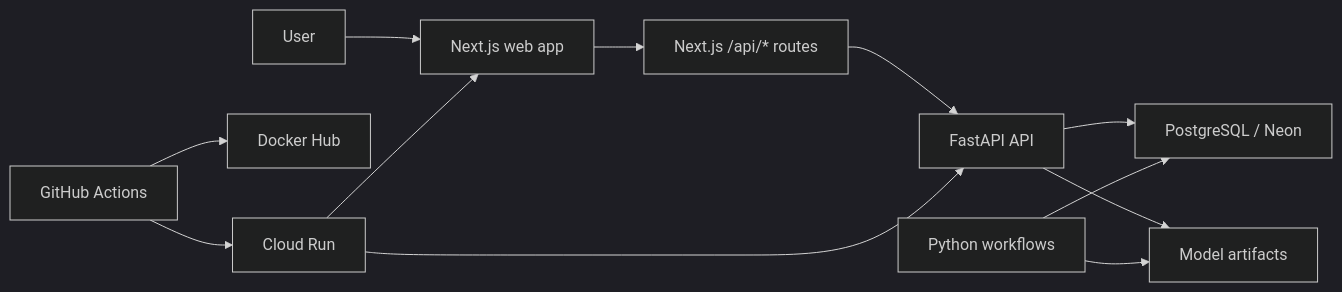
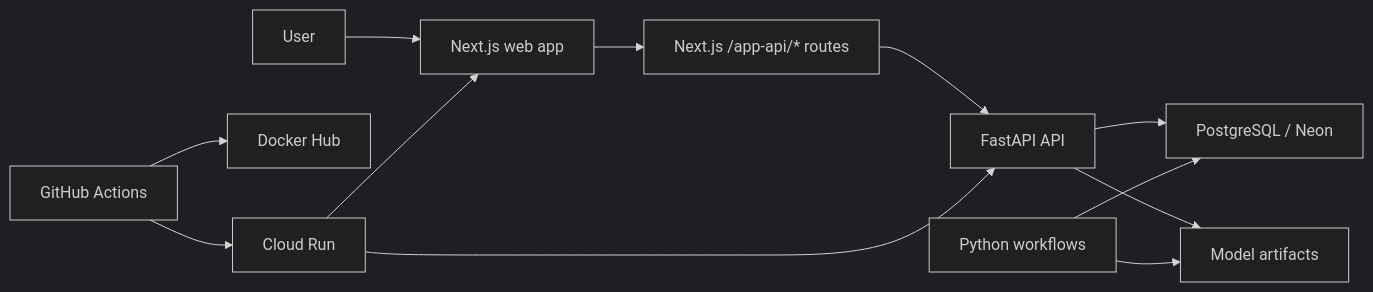
One commit to Mogramed/Calcul-prime-d-assurance changed the diagram in README.md. Above: the diagram before and after it, drawn with Mermaid (dark theme). The commit also changed other lines of this file and 46 other files, not shown here.

````diff
--- a/README.md
+++ b/README.md
@@ -60,14 +63,14 @@
 ```mermaid
 flowchart LR
     U["User"] --> W["Next.js web app"]
-    W --> BFF["Next.js /api/* routes"]
+    W --> BFF["Next.js /app-api/* routes"]
     BFF --> API["FastAPI API"]
     API --> DB["PostgreSQL / Neon"]
     API --> ART["Model artifacts"]
     DS["Python workflows"] --> ART
     DS --> DB
     CI["GitHub Actions"] --> DH["Docker Hub"]
     CI --> CR["Cloud Run"]
     CR --> W
     CR --> API
 ```
````
